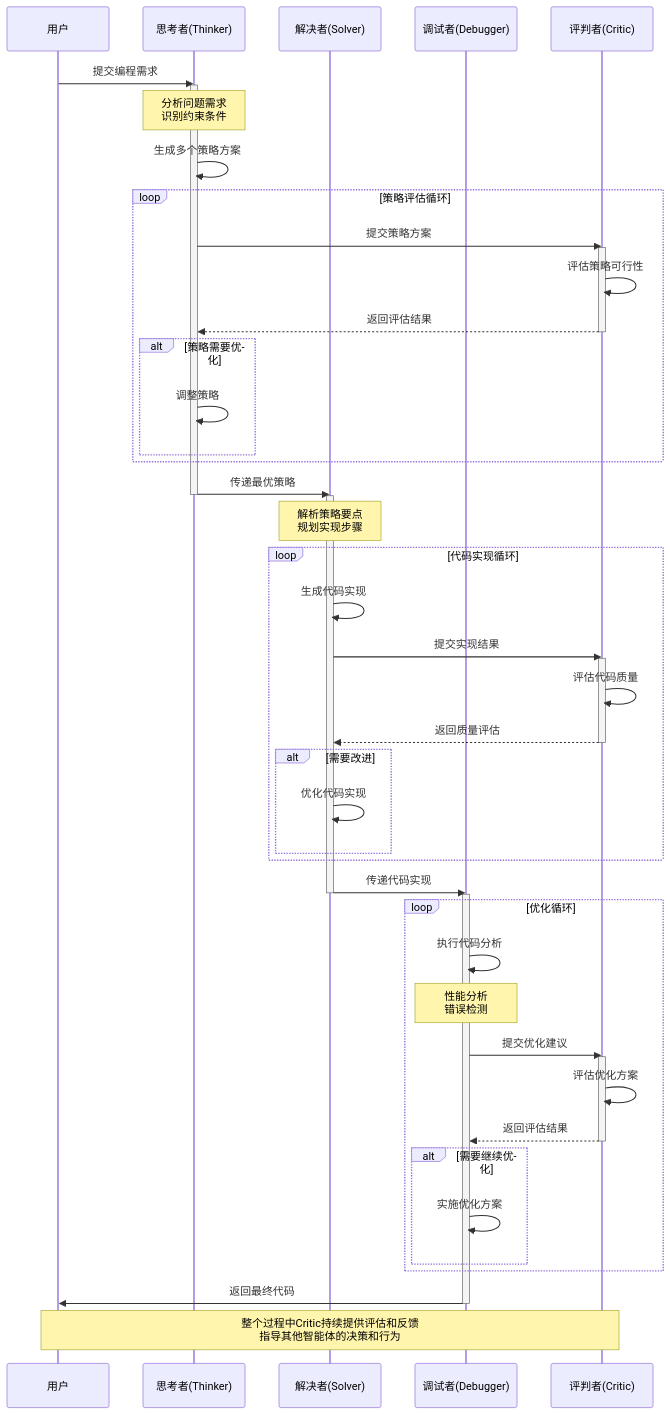
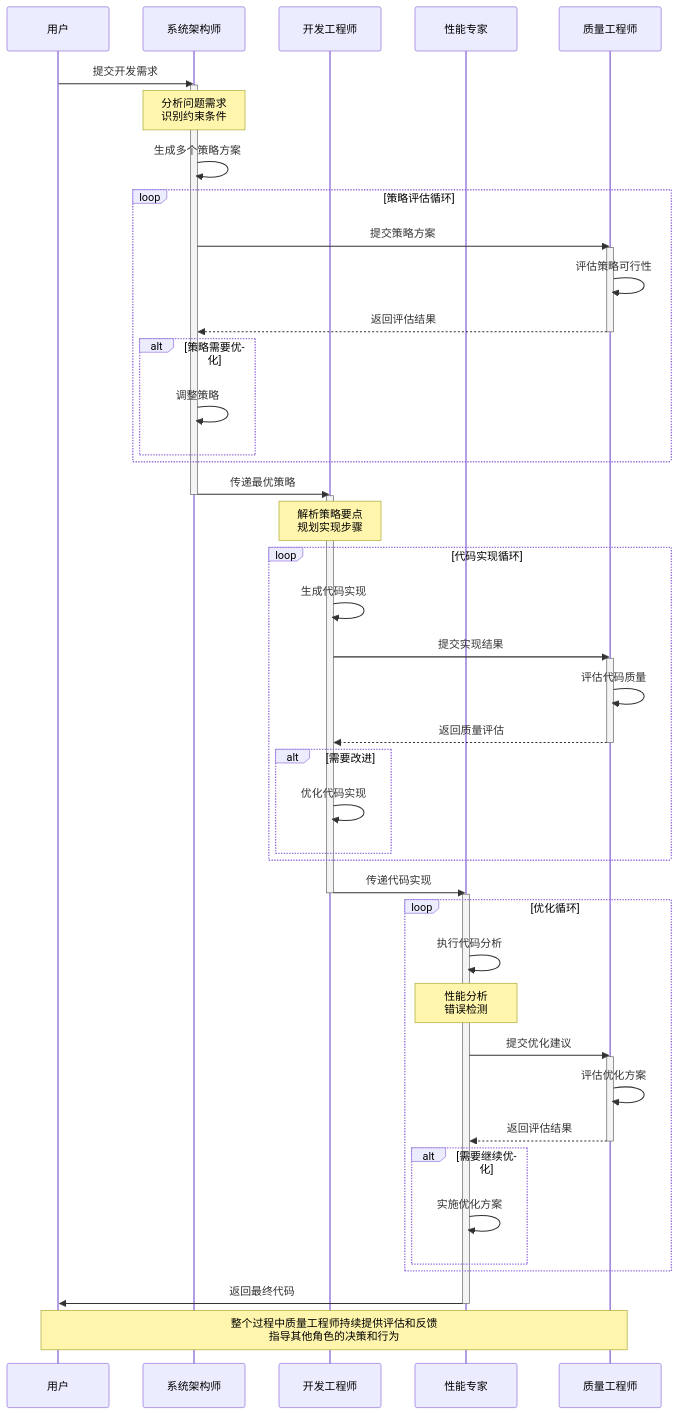
One commit to wutongci/cursor-courses changed the first of 2 diagrams in backend/advanced/19-Cursor结合CodeTree智能编程实践.md. Above: the diagram before and after it, drawn with Mermaid. The commit also changed other lines of this file and 2 other files, not shown here.

````diff
--- a/backend/advanced/19-Cursor结合CodeTree智能编程实践.md
+++ b/backend/advanced/19-Cursor结合CodeTree智能编程实践.md
@@ -43,70 +43,70 @@
 ```mermaid
 sequenceDiagram
     participant User as 用户
-    participant Thinker as 思考者(Thinker)
-    participant Solver as 解决者(Solver)
-    participant Debugger as 调试者(Debugger)
-    participant Critic as 评判者(Critic)
+    participant Architect as 系统架构师
+    participant Developer as 开发工程师
+    participant Expert as 性能专家
+    participant QA as 质量工程师
     
-    User->>Thinker: 提交编程需求
-    activate Thinker
+    User->>Architect: 提交开发需求
+    activate Architect
     
-    Note over Thinker: 分析问题需求<br/>识别约束条件
-    Thinker->>Thinker: 生成多个策略方案
+    Note over Architect: 分析问题需求<br/>识别约束条件
+    Architect->>Architect: 生成多个策略方案
     
     loop 策略评估循环
-        Thinker->>Critic: 提交策略方案
-        activate Critic
-        Critic->>Critic: 评估策略可行性
-        Critic-->>Thinker: 返回评估结果
-        deactivate Critic
+        Architect->>QA: 提交策略方案
+        activate QA
+        QA->>QA: 评估策略可行性
+        QA-->>Architect: 返回评估结果
+        deactivate QA
         
         alt 策略需要优化
-            Thinker->>Thinker: 调整策略
+            Architect->>Architect: 调整策略
         end
     end
     
-    Thinker->>Solver: 传递最优策略
-    deactivate Thinker
-    activate Solver
+    Architect->>Developer: 传递最优策略
+    deactivate Architect
+    activate Developer
     
-    Note over Solver: 解析策略要点<br/>规划实现步骤
+    Note over Developer: 解析策略要点<br/>规划实现步骤
     
     loop 代码实现循环
-        Solver->>Solver: 生成代码实现
-        Solver->>Critic: 提交实现结果
-        activate Critic
+        Developer->>Developer: 生成代码实现
+        Developer->>QA: 提交实现结果
+        activate QA
         
-        Critic->>Critic: 评估代码质量
-        Critic-->>Solver: 返回质量评估
-        deactivate Critic
+        QA->>QA: 评估代码质量
+        QA-->>Developer: 返回质量评估
+        deactivate QA
         
         alt 需要改进
-            Solver->>Solver: 优化代码实现
+            Developer->>Developer: 优化代码实现
         end
     end
     
-    Solver->>Debugger: 传递代码实现
-    deactivate Solver
-    activate Debugger
+    Developer->>Expert: 传递代码实现
+    deactivate Developer
+    activate Expert
     
     loop 优化循环
-        Debugger->>Debugger: 执行代码分析
-        Note over Debugger: 性能分析<br/>错误检测
+        Expert->>Expert: 执行代码分析
+        Note over Expert: 性能分析<br/>错误检测
         
-        Debugger->>Critic: 提交优化建议
-        activate Critic
-        Critic->>Critic: 评估优化方案
-        Critic-->>Debugger: 返回评估结果
-        deactivate Critic
+        Expert->>QA: 提交优化建议
+        activate QA
+        QA->>QA: 评估优化方案
+        QA-->>Expert: 返回评估结果
+        deactivate QA
         
         alt 需要继续优化
-            Debugger->>Debugger: 实施优化方案
+            Expert->>Expert: 实施优化方案
         end
     end
     
-    Debugger->>User: 返回最终代码
-    deactivate Debugger
+    Expert->>User: 返回最终代码
+    deactivate Expert
     
-    Note over User,Critic: 整个过程中Critic持续提供评估和反馈<br/>指导其他智能体的决策和行为
+    Note over User,QA: 整个过程中质量工程师持续提供评估和反馈<br/>指导其他角色的决策和行为
 ```
````
